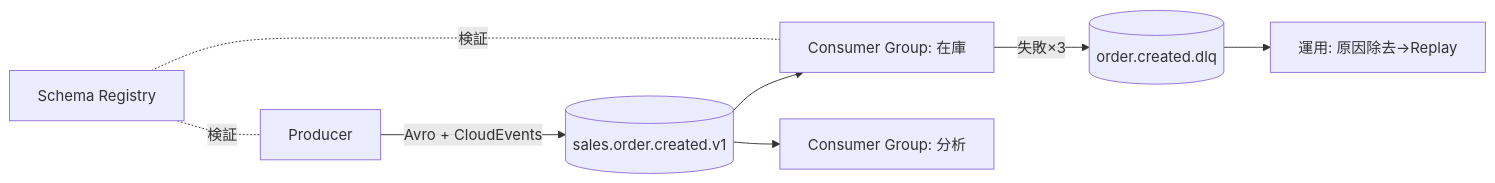
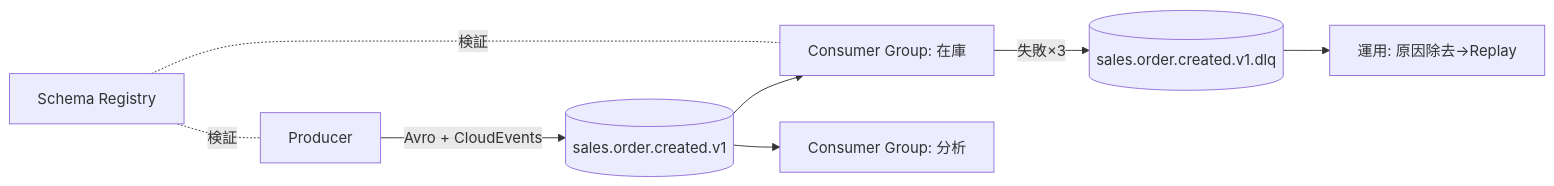
The third of 7 diagrams in docs/architecture/EIA-Framework.md (io0323/enterprise-integration-architecture-framework), drawn with Mermaid before and after one commit. The commit also changed other lines of this file and 2 other files, not shown here.

````diff
--- a/docs/architecture/EIA-Framework.md
+++ b/docs/architecture/EIA-Framework.md
@@ -334,10 +334,10 @@
 ```mermaid
 flowchart LR
   P[Producer] -->|Avro + CloudEvents| T[(sales.order.created.v1)]
   SR[Schema Registry] -.検証.- P
   SR -.検証.- C1
   T --> C1[Consumer Group: 在庫]
   T --> C2[Consumer Group: 分析]
-  C1 -->|失敗×3| DLQ[(order.created.dlq)]
+  C1 -->|失敗×3| DLQ[(sales.order.created.v1.dlq)]
   DLQ --> OP[運用: 原因除去→Replay]
 ```
````
